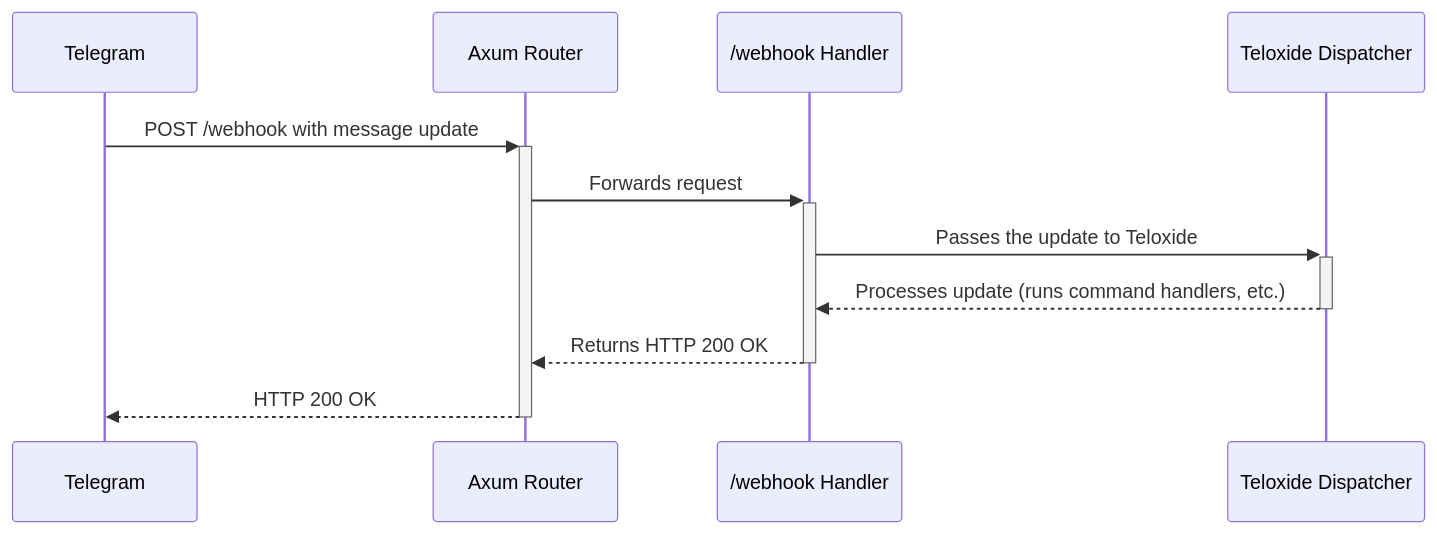
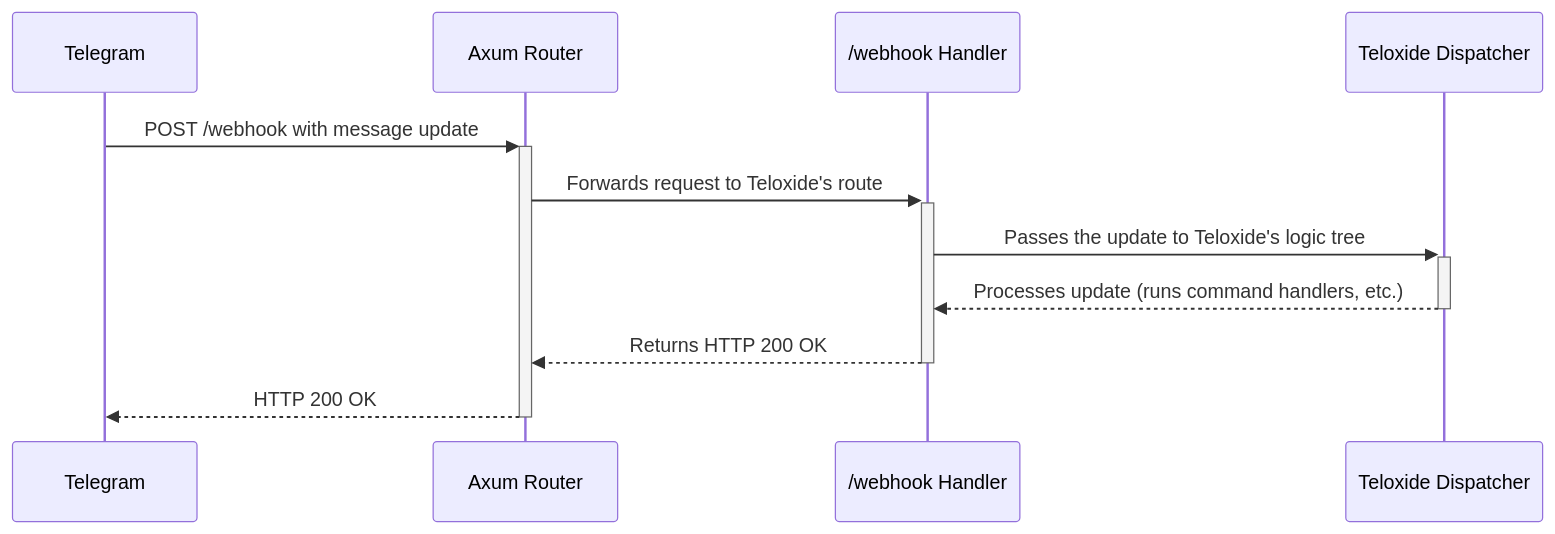
Before and after one commit to quanhua92/ai-notes: the third of 5 diagrams in rust/architecting-a-state-aware-conversational-bot.md, drawn with Mermaid. The commit also changed other lines of this file and 3 other files, not shown here.

````diff
--- a/rust/architecting-a-state-aware-conversational-bot.md
+++ b/rust/architecting-a-state-aware-conversational-bot.md
@@ -352,14 +375,14 @@
 ```mermaid
 sequenceDiagram
     participant Telegram
     participant AxumRouter as Axum Router
     participant WebhookHandler as /webhook Handler
     participant TeloxideDispatcher as Teloxide Dispatcher
 
     Telegram->>+AxumRouter: POST /webhook with message update
-    AxumRouter->>+WebhookHandler: Forwards request
-    WebhookHandler->>+TeloxideDispatcher: Passes the update to Teloxide
+    AxumRouter->>+WebhookHandler: Forwards request to Teloxide's route
+    WebhookHandler->>+TeloxideDispatcher: Passes the update to Teloxide's logic tree
     TeloxideDispatcher-->>-WebhookHandler: Processes update (runs command handlers, etc.)
     WebhookHandler-->>-AxumRouter: Returns HTTP 200 OK
     AxumRouter-->>-Telegram: HTTP 200 OK
 ```
````
